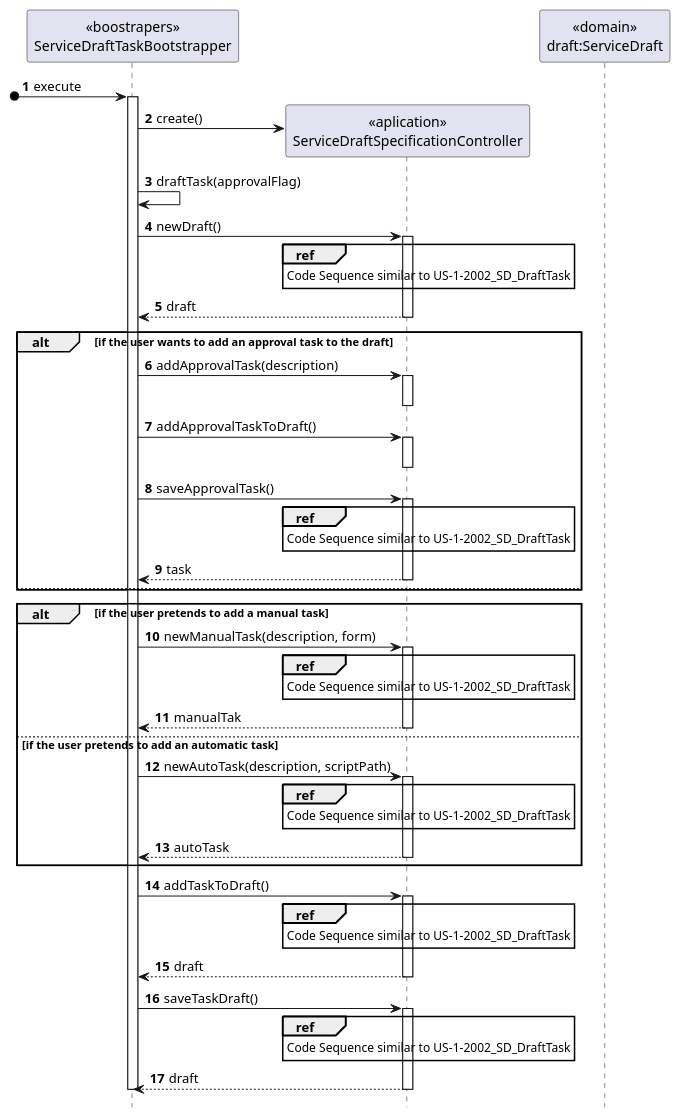
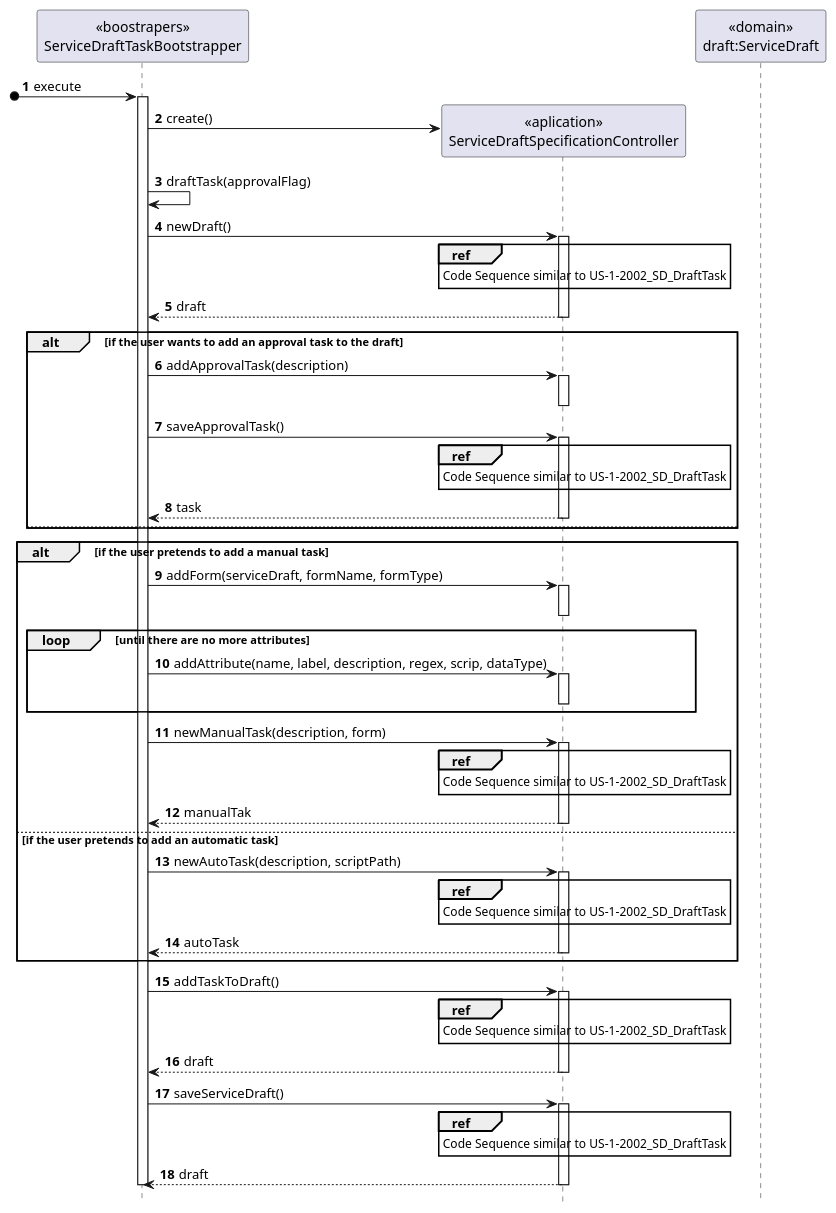
The diagram in doc/engenharia/SprintC/1190682/US-1-2104_CompleteServicesBootstrap/US-1-2104_SD_DraftTask.puml (tiagoavcosta25/LAPR4), drawn with PlantUML before and after one commit. The commit also changed 1 other file, not shown here.

```diff
--- a/doc/engenharia/SprintC/1190682/US-1-2104_CompleteServicesBootstrap/US-1-2104_SD_DraftTask.puml
+++ b/doc/engenharia/SprintC/1190682/US-1-2104_CompleteServicesBootstrap/US-1-2104_SD_DraftTask.puml
@@ -1,80 +1,88 @@
 @startuml
 autonumber
 hide footbox
 
 participant "<<boostrapers>>\nServiceDraftTaskBootstrapper" as BOOT
 participant "<<aplication>>\nServiceDraftSpecificationController" as CTRL
 participant "<<domain>>\ndraft:ServiceDraft" as SER
 
 [o-> BOOT : execute
 
 activate BOOT
 BOOT -> CTRL** : create()
 
 BOOT -> BOOT : draftTask(approvalFlag)
 
 BOOT -> CTRL : newDraft()
 activate CTRL
 ref over CTRL
 Code Sequence similar to US-1-2002_SD_DraftTask
 end ref
 CTRL --> BOOT : draft
 deactivate CTRL
 
 alt if the user wants to add an approval task to the draft
 BOOT -> CTRL : addApprovalTask(description)
 activate CTRL
 deactivate CTRL
 
-BOOT -> CTRL : addApprovalTaskToDraft()
-activate CTRL
-deactivate CTRL
 
 BOOT -> CTRL : saveApprovalTask()
 activate CTRL
 ref over CTRL
 Code Sequence similar to US-1-2002_SD_DraftTask
 end ref
 CTRL --> BOOT : task
 deactivate CTRL
 else
 deactivate CTRL
 end
 
 alt if the user pretends to add a manual task
+
+BOOT -> CTRL : addForm(serviceDraft, formName, formType)
+activate CTRL
+deactivate CTRL
+
+loop until there are no more attributes
+BOOT -> CTRL : addAttribute(name, label, description, regex, scrip, dataType)
+activate CTRL
+deactivate CTRL
+end
+
 BOOT -> CTRL : newManualTask(description, form)
 activate CTRL
 ref over CTRL
 Code Sequence similar to US-1-2002_SD_DraftTask
 end ref
 CTRL --> BOOT : manualTak
 deactivate CTRL
 
 else if the user pretends to add an automatic task
 BOOT -> CTRL : newAutoTask(description, scriptPath)
 activate CTRL
 ref over CTRL
 Code Sequence similar to US-1-2002_SD_DraftTask
 end ref
 CTRL --> BOOT : autoTask
 deactivate CTRL
 end
 
 BOOT -> CTRL : addTaskToDraft()
 activate CTRL
 ref over CTRL
 Code Sequence similar to US-1-2002_SD_DraftTask
 end ref
 CTRL --> BOOT : draft
 deactivate CTRL
 
-BOOT -> CTRL : saveTaskDraft()
+BOOT -> CTRL : saveServiceDraft()
 activate CTRL
 ref over CTRL
 Code Sequence similar to US-1-2002_SD_DraftTask
 end ref
 CTRL --> BOOT : draft
 deactivate CTRL
 deactivate BOOT
 
 @enduml
```
